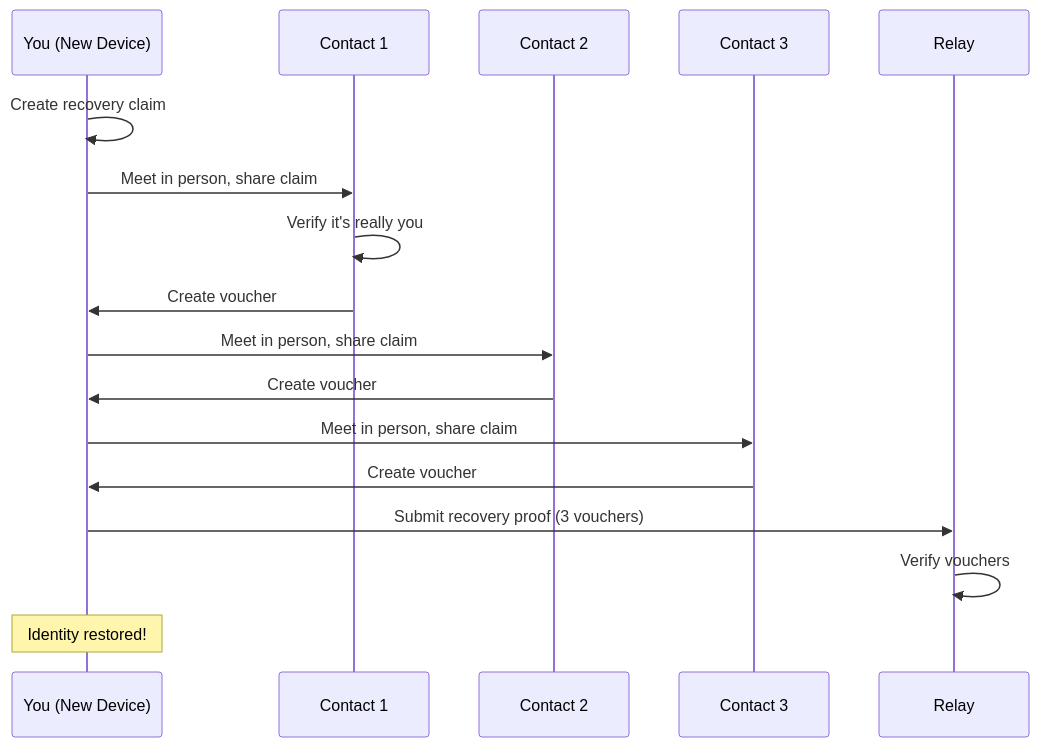
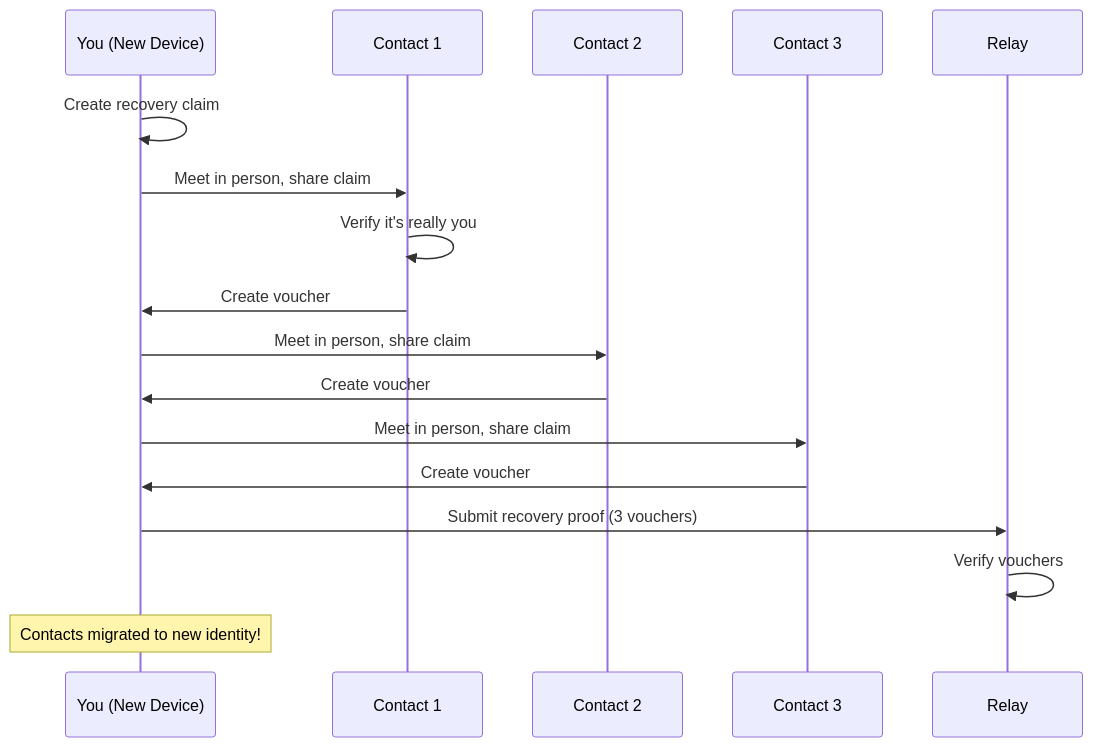
One commit to vauchi/docs changed the diagram in src/users/features/backup-recovery.md. Above: the diagram before and after it, drawn with Mermaid. The commit also changed other lines of this file and 20 other files, not shown here.

````diff
--- a/src/users/features/backup-recovery.md
+++ b/src/users/features/backup-recovery.md
@@ -74,24 +84,24 @@
 ```mermaid
 sequenceDiagram
     participant Y as You (New Device)
     participant C1 as Contact 1
     participant C2 as Contact 2
     participant C3 as Contact 3
     participant R as Relay
 
     Y->>Y: Create recovery claim
     Y->>C1: Meet in person, share claim
     C1->>C1: Verify it's really you
     C1->>Y: Create voucher
 
     Y->>C2: Meet in person, share claim
     C2->>Y: Create voucher
 
     Y->>C3: Meet in person, share claim
     C3->>Y: Create voucher
 
     Y->>R: Submit recovery proof (3 vouchers)
     R->>R: Verify vouchers
 
-    Note over Y: Identity restored!
+    Note over Y: Contacts migrated to new identity!
 ```
````
